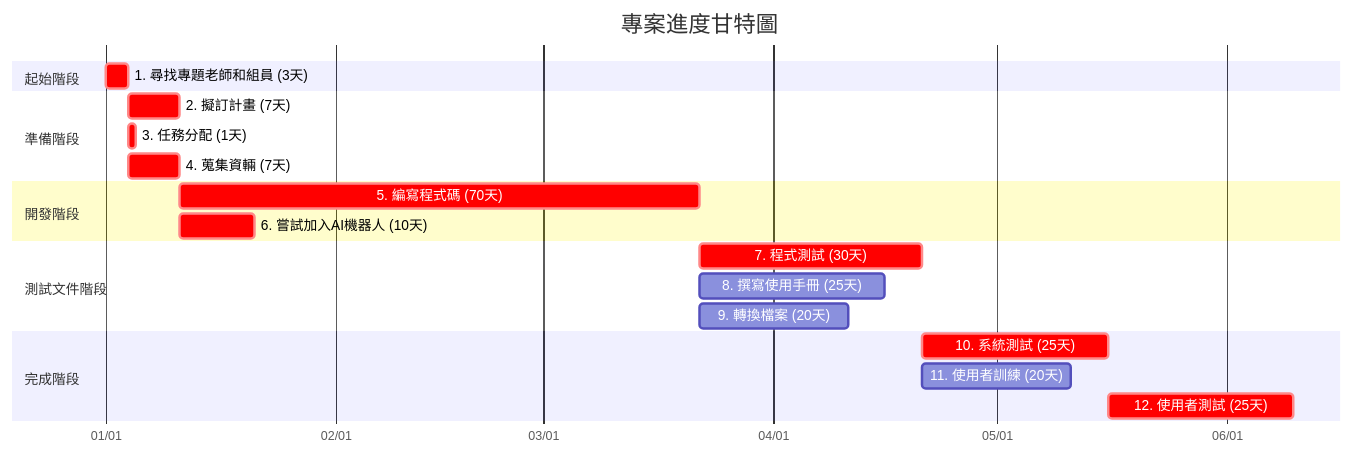
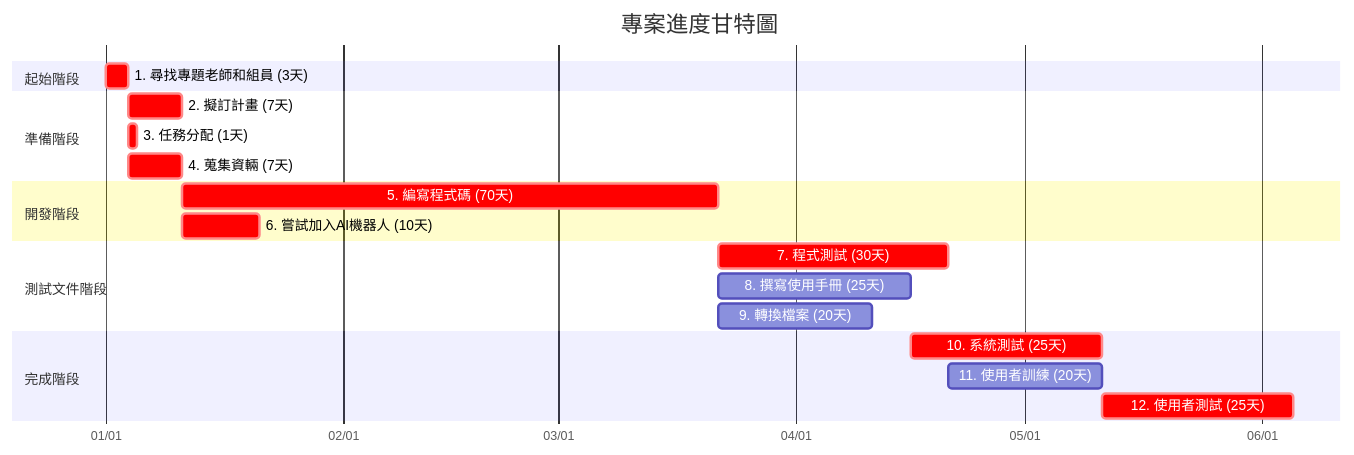
One commit to c112118202-droid/- changed the second of 3 diagrams in hw2.md. Above: the diagram before and after it, drawn with Mermaid.

````diff
--- a/hw2.md
+++ b/hw2.md
@@ -28,28 +28,28 @@
 ```mermaid
 gantt
     title 專案進度甘特圖
     dateFormat YYYY-MM-DD
     axisFormat %m/%d
     
     section 起始階段
     1. 尋找專題老師和組員 (3天)     :crit, m1, 2025-01-01, 3d
     
     section 準備階段
     2. 擬訂計畫 (7天)     :crit, m2, after m1, 7d
     3. 任務分配 (1天)    :crit, m3, after m1, 1d
     4. 蒐集資輛 (7天)    :crit, m4, after m1, 7d
 
     section 開發階段
     5. 編寫程式碼 (70天)    :crit, m5, after m2, 70d
     6. 嘗試加入AI機器人 (10天)    :crit, m6, after m4, 10d
     
     section 測試文件階段
     7. 程式測試 (30天)    :crit, m7, after m5, 30d
     8. 撰寫使用手冊 (25天) :m8, after m5, 25d
     9. 轉換檔案 (20天)     :m9, after m5, 20d
     
     section 完成階段
-    10. 系統測試 (25天)    :crit, m10, after m7, 25d
+    10. 系統測試 (25天)    :crit, m10, after m8, 25d
     11. 使用者訓練 (20天)  :m11, after m7 m8, 20d
     12. 使用者測試 (25天)  :crit, m12, after m9 m10, 25d
 ```
````
